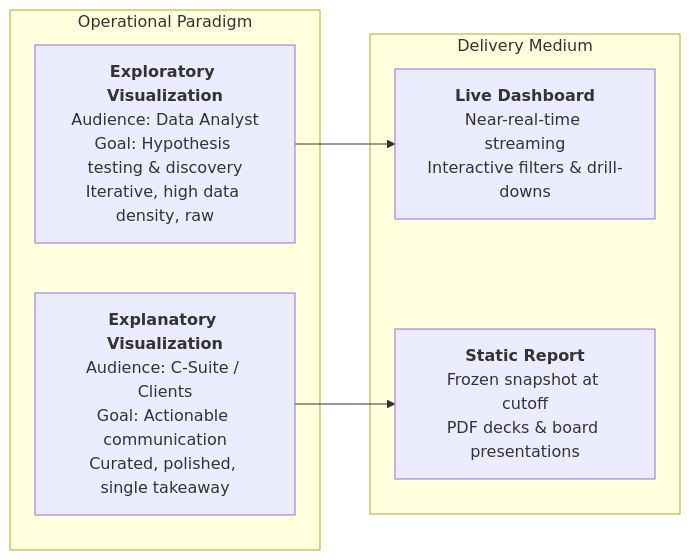
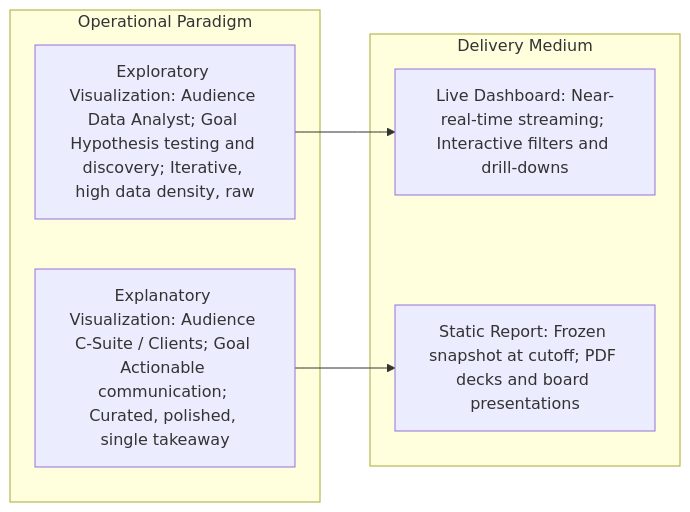
The seventh of 9 diagrams in notes/data_analysis/Chapter8_Business_Data_Visualization_Definition_Purpose_Usage.md (DeepLumiere/DeepSkills), drawn with Mermaid before and after one commit. The commit also changed other lines of this file and 56 other files, not shown here.

````diff
--- a/notes/data_analysis/Chapter8_Business_Data_Visualization_Definition_Purpose_Usage.md
+++ b/notes/data_analysis/Chapter8_Business_Data_Visualization_Definition_Purpose_Usage.md
@@ -216,13 +216,13 @@
 ```mermaid
 flowchart LR
-    subgraph Paradigm["Operational Paradigm"]
-        EX1["<b>Exploratory Visualization</b><br/>Audience: Data Analyst<br/>Goal: Hypothesis testing & discovery<br/>Iterative, high data density, raw"]
-        EX2["<b>Explanatory Visualization</b><br/>Audience: C-Suite / Clients<br/>Goal: Actionable communication<br/>Curated, polished, single takeaway"]
+    subgraph Paradigm ["Operational Paradigm"]
+        EX1["Exploratory Visualization: Audience Data Analyst; Goal Hypothesis testing and discovery; Iterative, high data density, raw"]
+        EX2["Explanatory Visualization: Audience C-Suite / Clients; Goal Actionable communication; Curated, polished, single takeaway"]
     end
-    subgraph Delivery["Delivery Medium"]
-        D1["<b>Live Dashboard</b><br/>Near-real-time streaming<br/>Interactive filters & drill-downs"]
-        D2["<b>Static Report</b><br/>Frozen snapshot at cutoff<br/>PDF decks & board presentations"]
+    subgraph Delivery ["Delivery Medium"]
+        D1["Live Dashboard: Near-real-time streaming; Interactive filters and drill-downs"]
+        D2["Static Report: Frozen snapshot at cutoff; PDF decks and board presentations"]
     end
     EX1 --> D1
     EX2 --> D2
 ```
````
